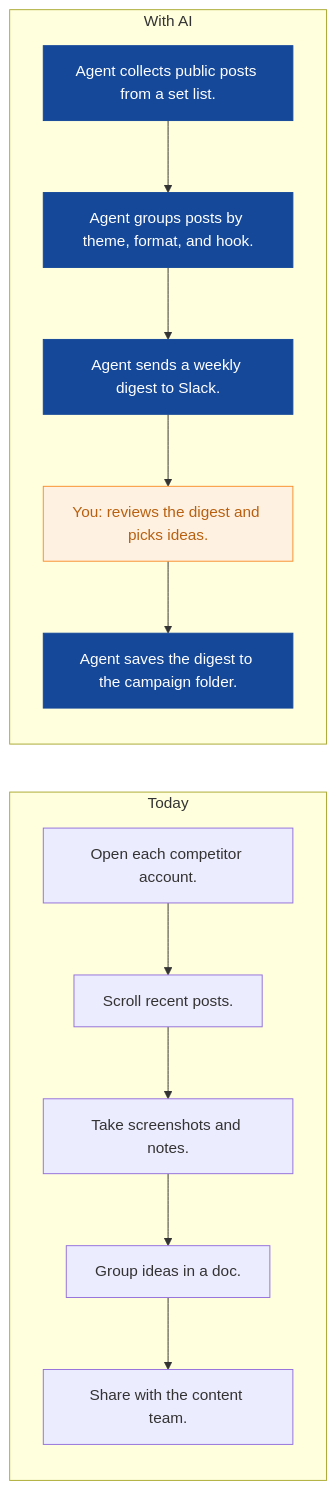
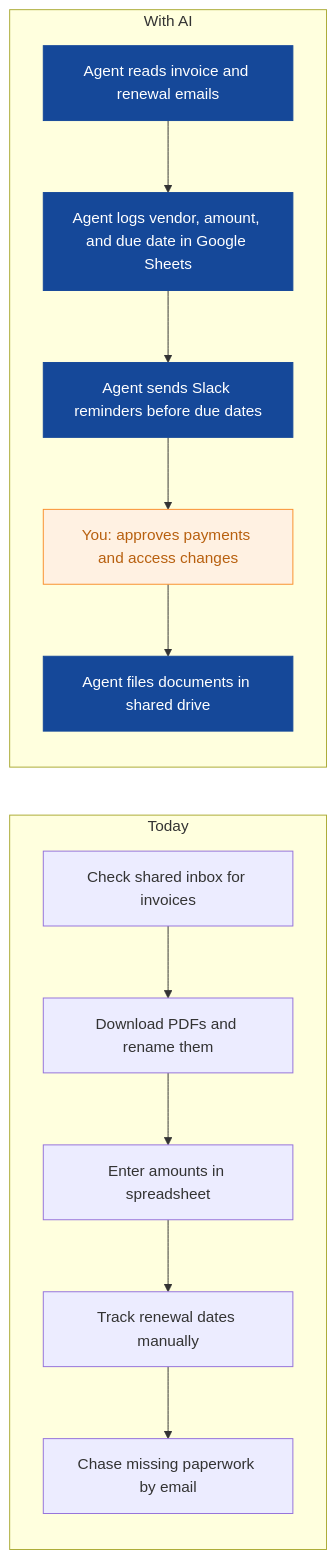
One commit to nexibeo/Complete-AI-Strategy changed the eighth of 8 diagrams in strategies/pixelhive-studio.md. Above: the diagram before and after it, drawn with Mermaid. The commit also changed other lines of this file and 26 other files, not shown here.

````diff
--- a/strategies/pixelhive-studio.md
+++ b/strategies/pixelhive-studio.md
@@ -281,23 +255,23 @@
 ```mermaid
 flowchart LR
   subgraph Today
-    B0["Open each competitor account."]
-    B1["Scroll recent posts."]
-    B2["Take screenshots and notes."]
-    B3["Group ideas in a doc."]
-    B4["Share with the content team."]
+    B0["Check shared inbox for invoices"]
+    B1["Download PDFs and rename them"]
+    B2["Enter amounts in spreadsheet"]
+    B3["Track renewal dates manually"]
+    B4["Chase missing paperwork by email"]
     B0 --> B1 --> B2 --> B3 --> B4
   end
   subgraph WithAI[With AI]
-    A0["Agent collects public posts from a set list."]
-    A1["Agent groups posts by theme, format, and hook."]
-    A2["Agent sends a weekly digest to Slack."]
-    A3["You: reviews the digest and picks ideas."]
-    A4["Agent saves the digest to the campaign folder."]
+    A0["Agent reads invoice and renewal emails"]
+    A1["Agent logs vendor, amount, and due date in Google Sheets"]
+    A2["Agent sends Slack reminders before due dates"]
+    A3["You: approves payments and access changes"]
+    A4["Agent files documents in shared drive"]
     A0 --> A1 --> A2 --> A3 --> A4
   end
   classDef ai fill:#154899,color:#fff,stroke:#154899
   classDef human fill:#FFF1E2,color:#B8600F,stroke:#F98F2C
   class A0,A1,A2,A4 ai
   class A3 human
 ```
````
